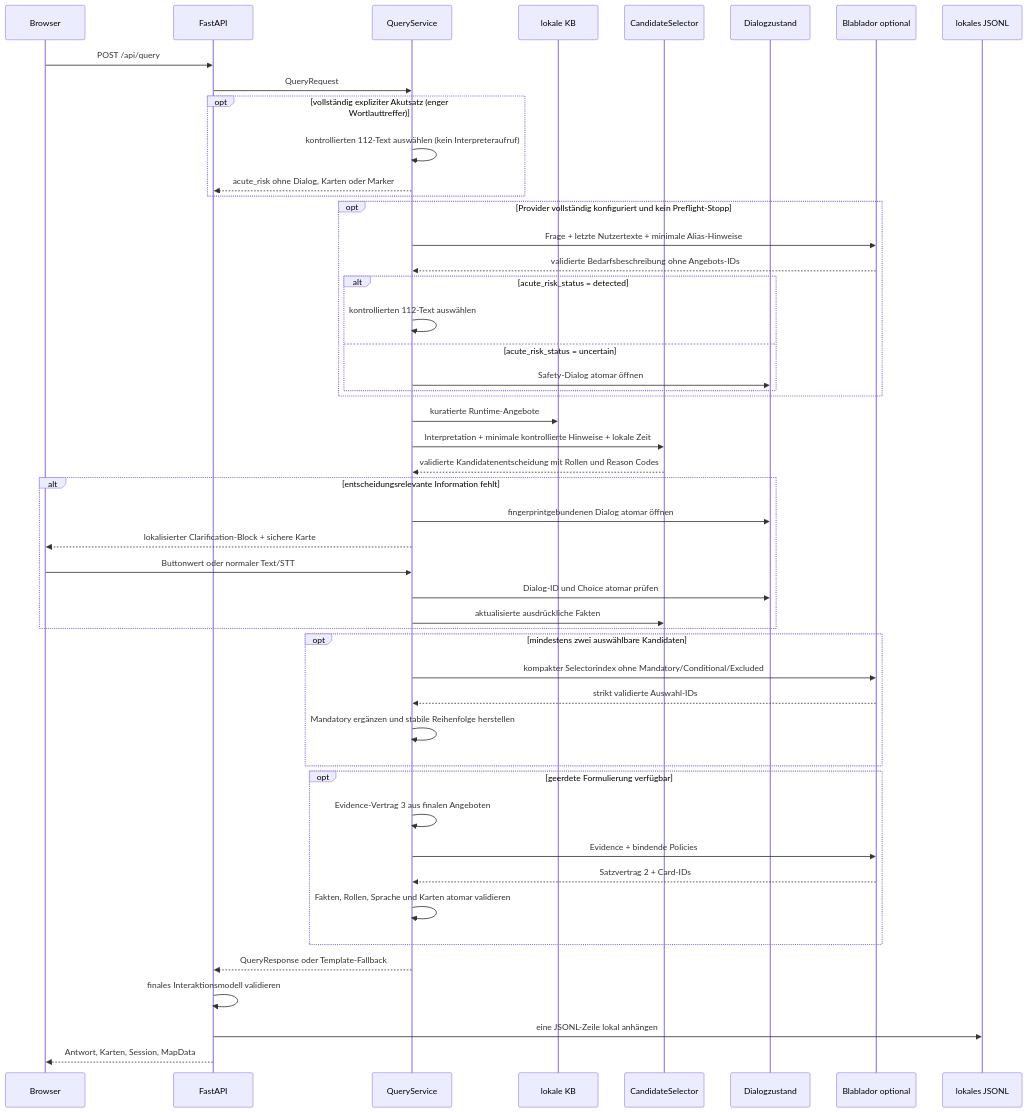
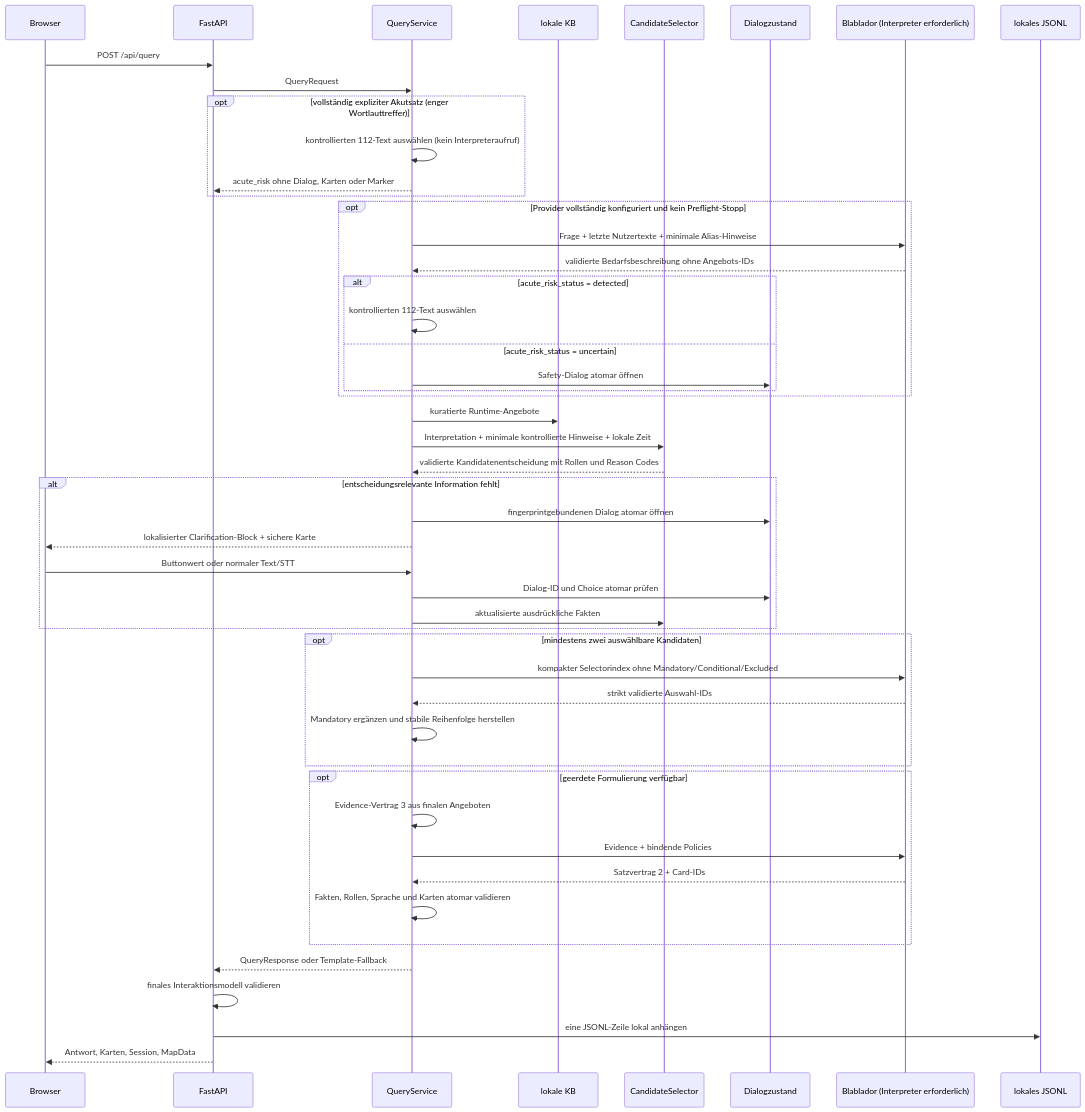
The diagram in docs/data-flow.md (HannahHoffner/lena-grounded-voice-assistant), drawn with Mermaid before and after one commit. The commit also changed other lines of this file and 24 other files, not shown here.

````diff
--- a/docs/data-flow.md
+++ b/docs/data-flow.md
@@ -5,51 +5,51 @@
 ```mermaid
 sequenceDiagram
     participant B as Browser
     participant A as FastAPI
     participant S as QueryService
     participant K as lokale KB
     participant C as CandidateSelector
     participant D as Dialogzustand
-    participant L as Blablador optional
+    participant L as Blablador (Interpreter erforderlich)
     participant J as lokales JSONL
     B->>A: POST /api/query
     A->>S: QueryRequest
     opt vollständig expliziter Akutsatz (enger Wortlauttreffer)
         S->>S: kontrollierten 112-Text auswählen (kein Interpreteraufruf)
         S-->>A: acute_risk ohne Dialog, Karten oder Marker
     end
     opt Provider vollständig konfiguriert und kein Preflight-Stopp
         S->>L: Frage + letzte Nutzertexte + minimale Alias-Hinweise
         L-->>S: validierte Bedarfsbeschreibung ohne Angebots-IDs
         alt acute_risk_status = detected
             S->>S: kontrollierten 112-Text auswählen
         else acute_risk_status = uncertain
             S->>D: Safety-Dialog atomar öffnen
         end
     end
     S->>K: kuratierte Runtime-Angebote
     S->>C: Interpretation + minimale kontrollierte Hinweise + lokale Zeit
     C-->>S: validierte Kandidatenentscheidung mit Rollen und Reason Codes
     alt entscheidungsrelevante Information fehlt
         S->>D: fingerprintgebundenen Dialog atomar öffnen
         S-->>B: lokalisierter Clarification-Block + sichere Karte
         B->>S: Buttonwert oder normaler Text/STT
         S->>D: Dialog-ID und Choice atomar prüfen
         S->>C: aktualisierte ausdrückliche Fakten
     end
     opt mindestens zwei auswählbare Kandidaten
         S->>L: kompakter Selectorindex ohne Mandatory/Conditional/Excluded
         L-->>S: strikt validierte Auswahl-IDs
         S->>S: Mandatory ergänzen und stabile Reihenfolge herstellen
     end
     opt geerdete Formulierung verfügbar
         S->>S: Evidence-Vertrag 3 aus finalen Angeboten
         S->>L: Evidence + bindende Policies
         L-->>S: Satzvertrag 2 + Card-IDs
         S->>S: Fakten, Rollen, Sprache und Karten atomar validieren
     end
     S-->>A: QueryResponse oder Template-Fallback
     A->>A: finales Interaktionsmodell validieren
     A->>J: eine JSONL-Zeile lokal anhängen
     A-->>B: Antwort, Karten, Session, MapData
 ```
````
